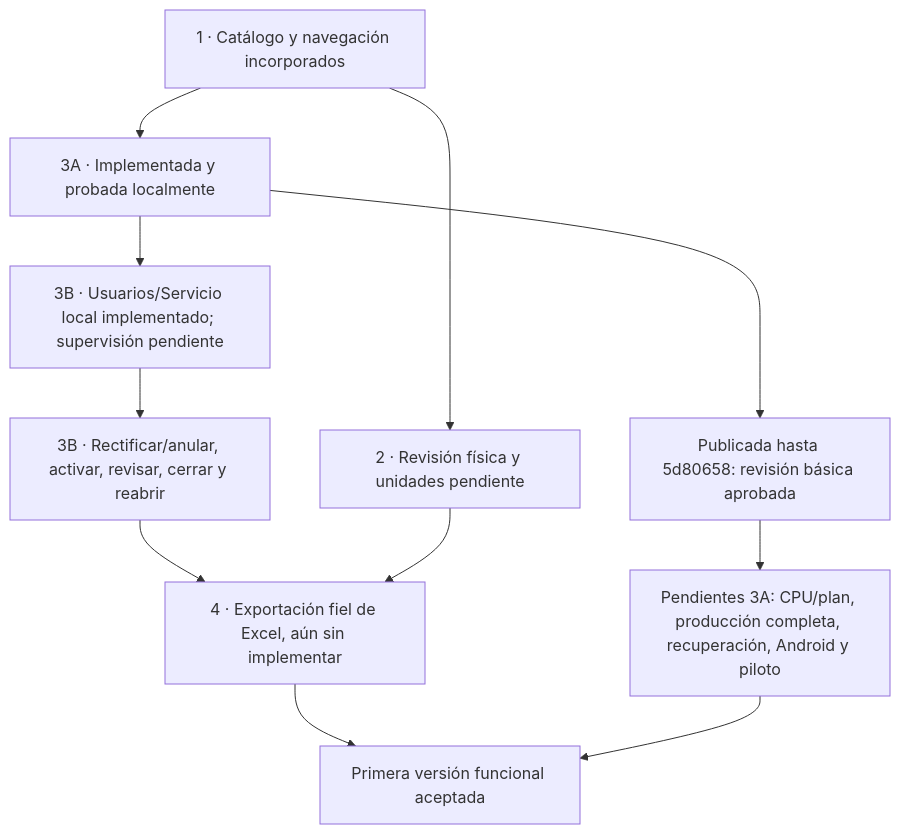
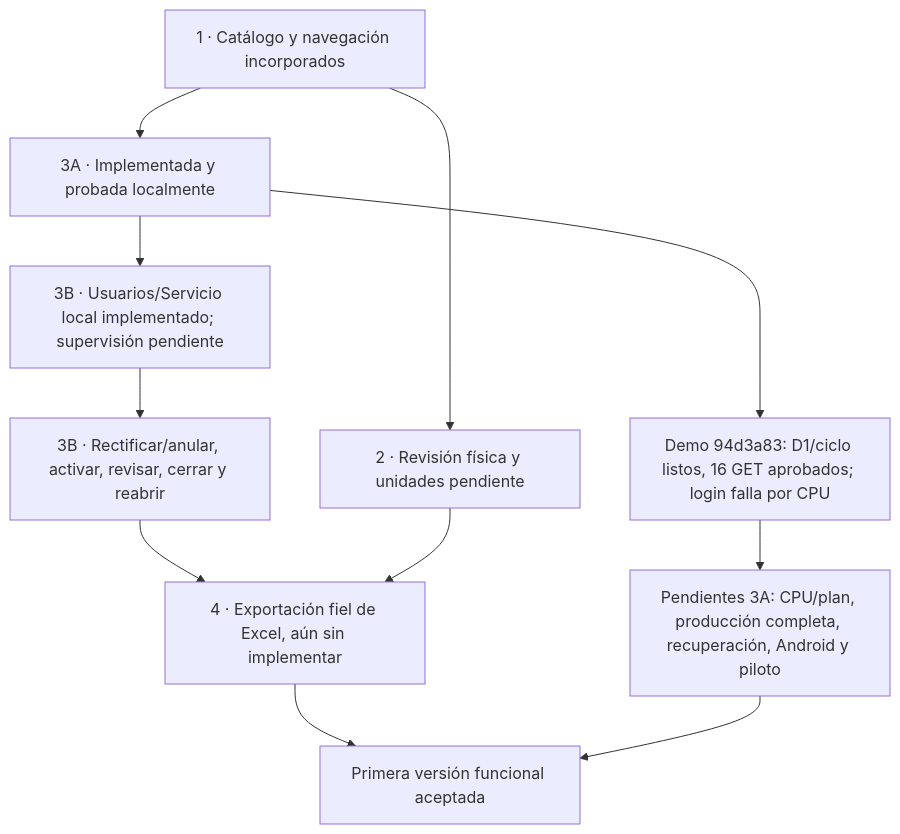
The second of 2 diagrams in docs/tecnologias-y-roadmap.md (lucio-crDEV/inventario-barista-mobile), drawn with Mermaid before and after one commit. The commit also changed other lines of this file and 10 other files, not shown here.

Commit message:
docs(inventory-v3): record demo rollout and confirmed CPU limit

````diff
--- a/docs/tecnologias-y-roadmap.md
+++ b/docs/tecnologias-y-roadmap.md
@@ -43,13 +43,13 @@
 ```mermaid
 flowchart TD
     E1["1 · Catálogo y navegación incorporados"] --> E2["2 · Revisión física y unidades pendiente"]
     E1 --> A["3A · Implementada y probada localmente"]
-    A --> WEB["Publicada hasta 5d80658: revisión básica aprobada"]
+    A --> WEB["Demo 94d3a83: D1/ciclo listos, 16 GET aprobados; login falla por CPU"]
     WEB --> OPS["Pendientes 3A: CPU/plan, producción completa, recuperación, Android y piloto"]
     A --> B["3B · Usuarios/Servicio local implementado; supervisión pendiente"]
     B --> ADMIN["3B · Rectificar/anular, activar, revisar, cerrar y reabrir"]
     ADMIN --> E4["4 · Exportación fiel de Excel, aún sin implementar"]
     E2 --> E4
     E4 --> V1["Primera versión funcional aceptada"]
     OPS --> V1
 ```
````
